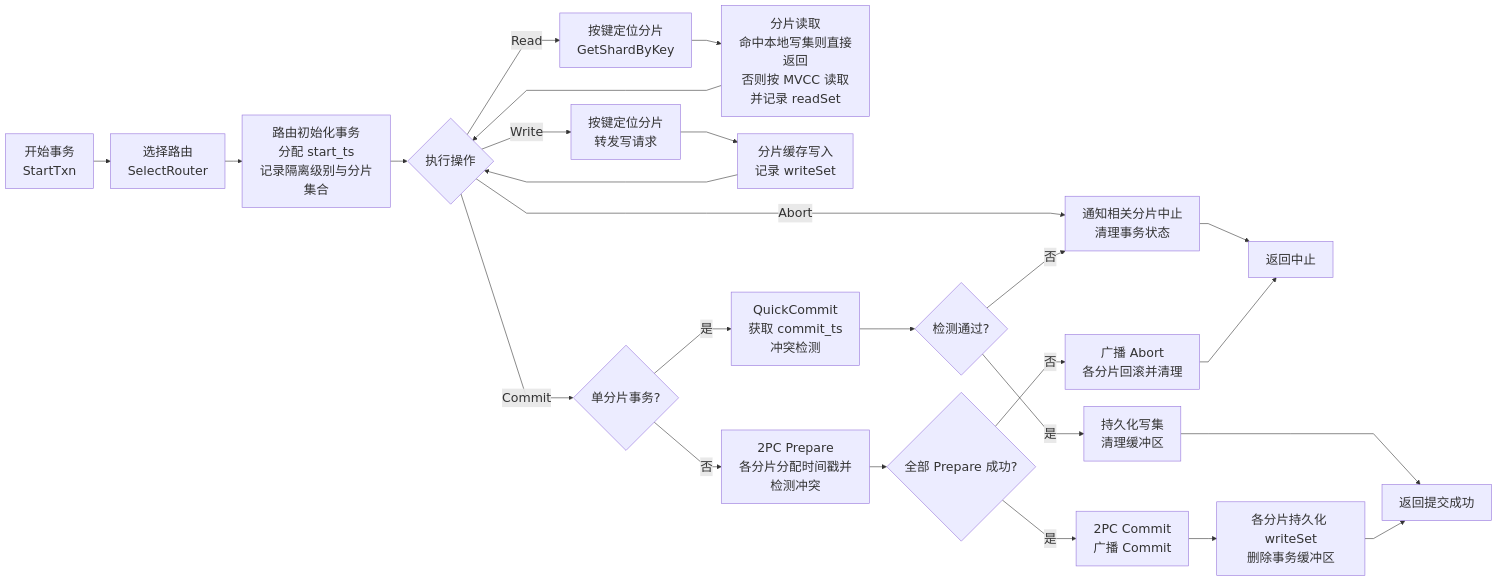
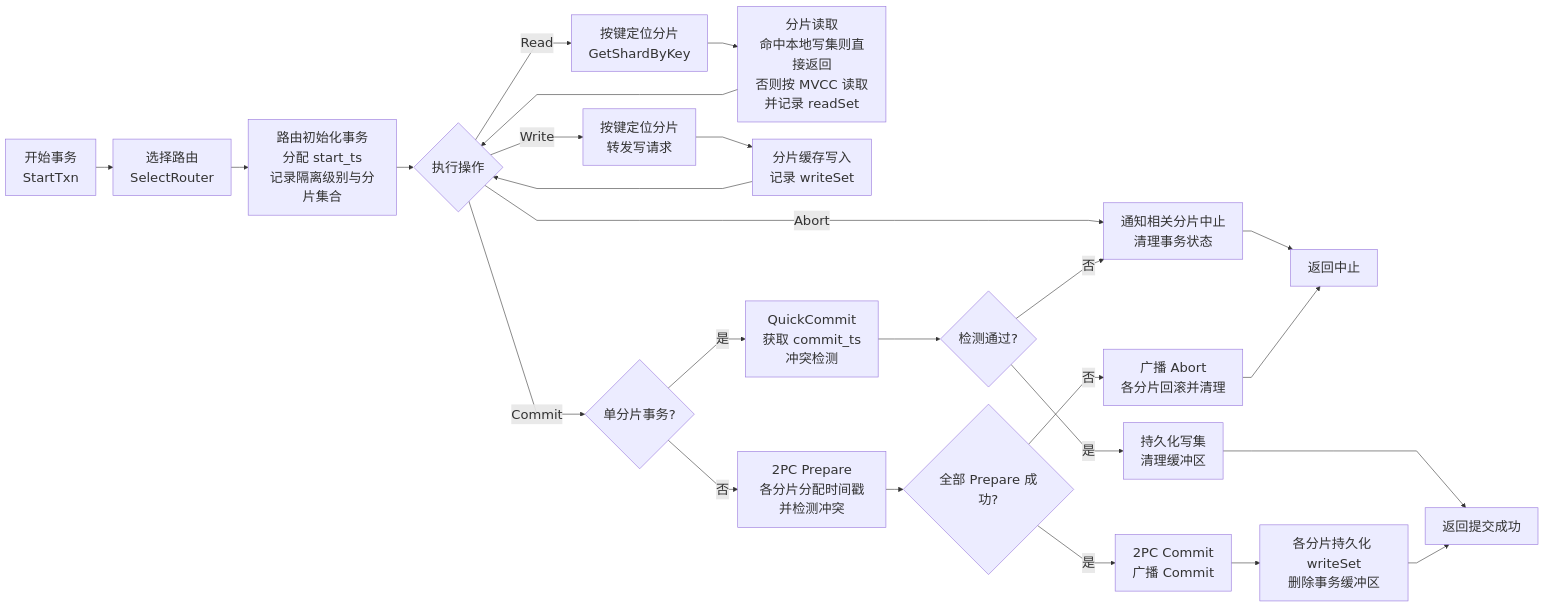
One commit to ZhangJihua0327/master-thesis changed the diagram in figures/mmd/flowchart.mmd. Above: the diagram before and after it, drawn with Mermaid. The commit also changed 8 other files, not shown here.

```diff
--- a/figures/mmd/flowchart.mmd
+++ b/figures/mmd/flowchart.mmd
@@ -1,31 +1,31 @@
-%%{init: {'theme': 'default', 'themeVariables': {'fontSize': '22px', 'noteFontSize': '20px'}, 'flowchart': {'nodeSpacing': 30, 'rankSpacing': 30, 'curve': 'linear'}}}%%
+%%{init: {'theme': 'default', 'themeVariables': {'fontSize': '23px', 'noteFontSize': '21px'}, 'flowchart': {'nodeSpacing': 30, 'rankSpacing': 30, 'curve': 'linear'}}}%%
 flowchart LR
     A["开始事务<br/>StartTxn"] --> B["选择路由<br/>SelectRouter"]
     B --> C["路由初始化事务<br/>分配 start_ts<br/>记录隔离级别与分片集合"]
     C --> D{"执行操作"}
 
     D -->|"Read"| E["按键定位分片<br/>GetShardByKey"]
     E --> F["分片读取<br/>命中本地写集则直接返回<br/>否则按 MVCC 读取并记录 readSet"]
     F --> D
 
     D -->|"Write"| G["按键定位分片<br/>转发写请求"]
     G --> H["分片缓存写入<br/>记录 writeSet"]
     H --> D
 
     D -->|"Abort"| I["通知相关分片中止<br/>清理事务状态"]
     I --> J["返回中止"]
 
     D -->|"Commit"| K{"单分片事务?"}
     K -->|"是"| L["QuickCommit<br/>获取 commit_ts<br/>冲突检测"]
     L --> M{"检测通过?"}
     M -->|"否"| I
     M -->|"是"| N["持久化写集<br/>清理缓冲区"]
     N --> O["返回提交成功"]
 
     K -->|"否"| P["2PC Prepare<br/>各分片分配时间戳并检测冲突"]
     P --> Q{"全部 Prepare 成功?"}
     Q -->|"否"| R["广播 Abort<br/>各分片回滚并清理"]
     R --> J
     Q -->|"是"| S["2PC Commit<br/>广播 Commit"]
     S --> T["各分片持久化 writeSet<br/>删除事务缓冲区"]
     T --> O
```
